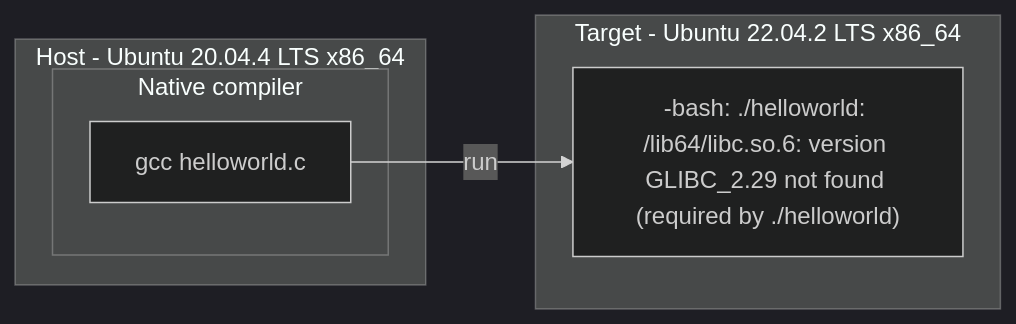
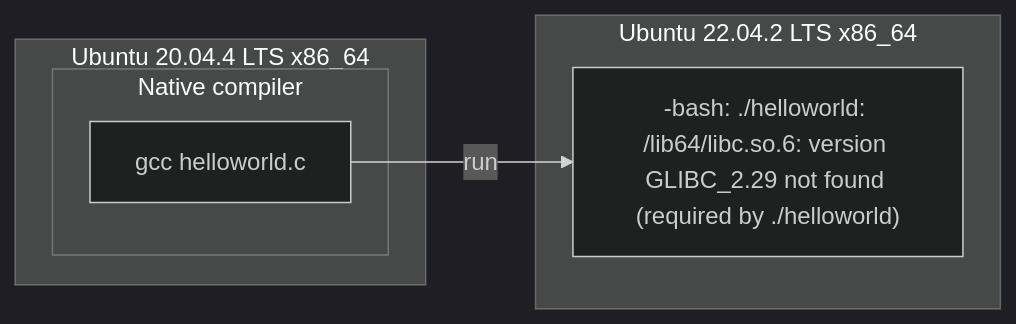
One commit to lankahsu520/CrossCompilationX changed the seventh of 12 diagrams in README.md. Above: the diagram before and after it, drawn with Mermaid (dark theme). The commit also changed other lines of this file, not shown here.

Commit message:
update README.md, remove "Host - ","Target -"

````diff
--- a/README.md
+++ b/README.md
@@ -338,15 +338,15 @@
 ```mermaid
 flowchart LR
-	subgraph Host[Host - Ubuntu 20.04.4 LTS x86_64]
+	subgraph Host[Ubuntu 20.04.4 LTS x86_64]
 		subgraph Native[Native compiler]
 			gcc[gcc helloworld.c]
 		end
 	end
 
-	subgraph Target[Target - Ubuntu 22.04.2 LTS x86_64]
+	subgraph Target[Ubuntu 22.04.2 LTS x86_64]
 		helloworld_run_ubuntu2204["-bash: ./helloworld: /lib64/libc.so.6: version GLIBC_2.29 not found (required by ./helloworld)"]
 	end
 	
 	gcc --> |run|helloworld_run_ubuntu2204
 	
 ```
````
